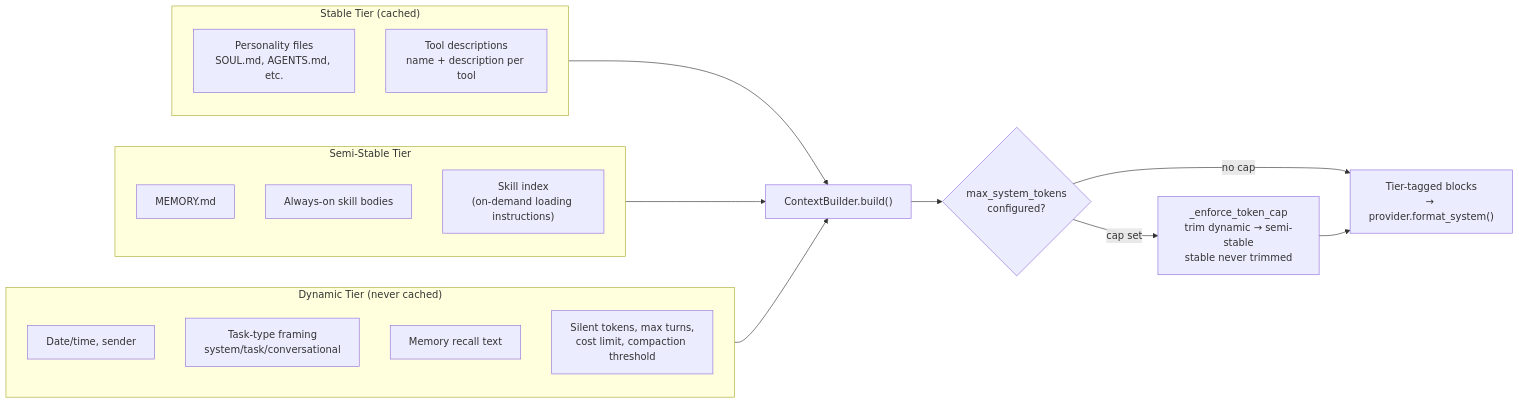
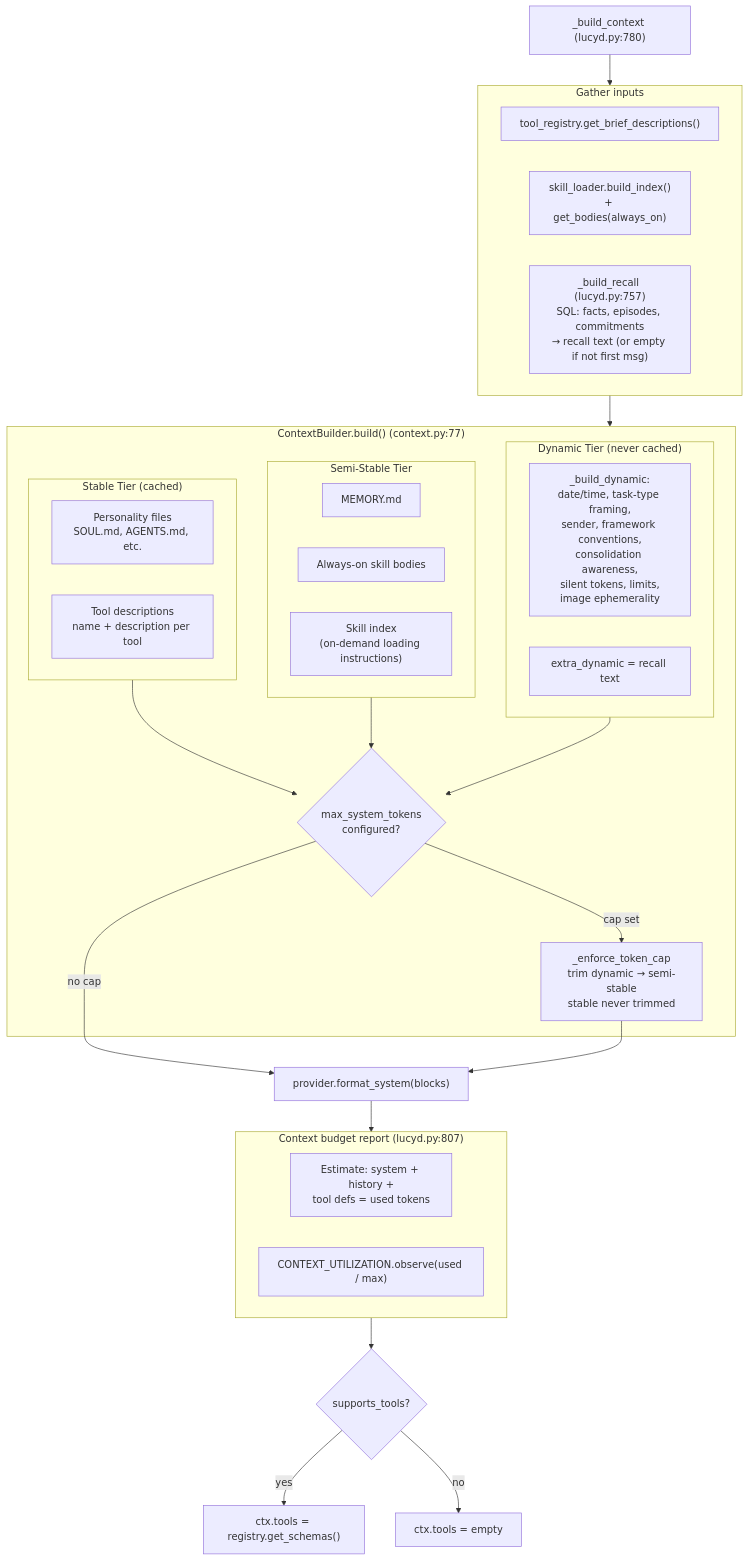
Before and after one commit to nicolasforstinger/lucyd: the third of 10 diagrams in docs/diagrams.md, drawn with Mermaid. The commit also changed other lines of this file and 18 other files, not shown here.

````diff
--- a/docs/diagrams.md
+++ b/docs/diagrams.md
@@ -113,32 +201,52 @@
 ```mermaid
-flowchart LR
-    subgraph Stable["Stable Tier (cached)"]
-        PERSONA["Personality files<br/>SOUL.md, AGENTS.md, etc."]
-        TOOL_DESC["Tool descriptions<br/>name + description per tool"]
+flowchart TD
+    START["_build_context (lucyd.py:780)"]
+
+    subgraph Inputs["Gather inputs"]
+        TOOLS_DESC["tool_registry.get_brief_descriptions()"]
+        SKILLS["skill_loader.build_index()<br/>+ get_bodies(always_on)"]
+        RECALL["_build_recall (lucyd.py:757)<br/>SQL: facts, episodes, commitments<br/>→ recall text (or empty if not first msg)"]
     end
 
-    subgraph Semi["Semi-Stable Tier"]
-        MEMORY_MD["MEMORY.md"]
-        SKILLS_ON["Always-on skill bodies"]
-        SKILLS_IDX["Skill index<br/>(on-demand loading instructions)"]
+    subgraph Builder["ContextBuilder.build() (context.py:77)"]
+        subgraph Stable["Stable Tier (cached)"]
+            PERSONA["Personality files<br/>SOUL.md, AGENTS.md, etc."]
+            TOOL_LIST["Tool descriptions<br/>name + description per tool"]
+        end
+
+        subgraph Semi["Semi-Stable Tier"]
+            MEMORY_MD["MEMORY.md"]
+            SKILLS_ON["Always-on skill bodies"]
+            SKILLS_IDX["Skill index<br/>(on-demand loading instructions)"]
+        end
+
+        subgraph Dynamic["Dynamic Tier (never cached)"]
+            DYN_ITEMS["_build_dynamic:<br/>date/time, task-type framing,<br/>sender, framework conventions,<br/>consolidation awareness,<br/>silent tokens, limits,<br/>image ephemerality"]
+            RECALL_IN["extra_dynamic = recall text"]
+        end
+
+        CAP{"max_system_tokens<br/>configured?"}
+        ENFORCE["_enforce_token_cap<br/>trim dynamic → semi-stable<br/>stable never trimmed"]
     end
 
-    subgraph Dynamic["Dynamic Tier (never cached)"]
-        RUNTIME["Date/time, sender"]
-        FRAMING["Task-type framing<br/>system/task/conversational"]
-        RECALL["Memory recall text"]
-        LIMITS["Silent tokens, max turns,<br/>cost limit, compaction threshold"]
+    FORMAT["provider.format_system(blocks)"]
+
+    subgraph Budget["Context budget report (lucyd.py:807)"]
+        ESTIMATE["Estimate: system + history +<br/>tool defs = used tokens"]
+        METRIC["CONTEXT_UTILIZATION.observe(used / max)"]
     end
 
-    BUILD["ContextBuilder.build()"]
-    CAP{"max_system_tokens<br/>configured?"}
-    ENFORCE["_enforce_token_cap<br/>trim dynamic → semi-stable<br/>stable never trimmed"]
-    BLOCKS["Tier-tagged blocks<br/>→ provider.format_system()"]
+    TOOL_GATE{"supports_tools?"}
+    SCHEMAS["ctx.tools = registry.get_schemas()"]
+    NO_TOOLS["ctx.tools = empty"]
 
-    Stable --> BUILD
-    Semi --> BUILD
-    Dynamic --> BUILD
-    BUILD --> CAP
-    CAP -->|no cap| BLOCKS
-    CAP -->|cap set| ENFORCE --> BLOCKS
+    START --> Inputs --> Builder
+    Stable --> CAP
+    Semi --> CAP
+    Dynamic --> CAP
+    CAP -->|no cap| FORMAT
+    CAP -->|cap set| ENFORCE --> FORMAT
+    FORMAT --> Budget --> TOOL_GATE
+    TOOL_GATE -->|yes| SCHEMAS
+    TOOL_GATE -->|no| NO_TOOLS
 ```
````
